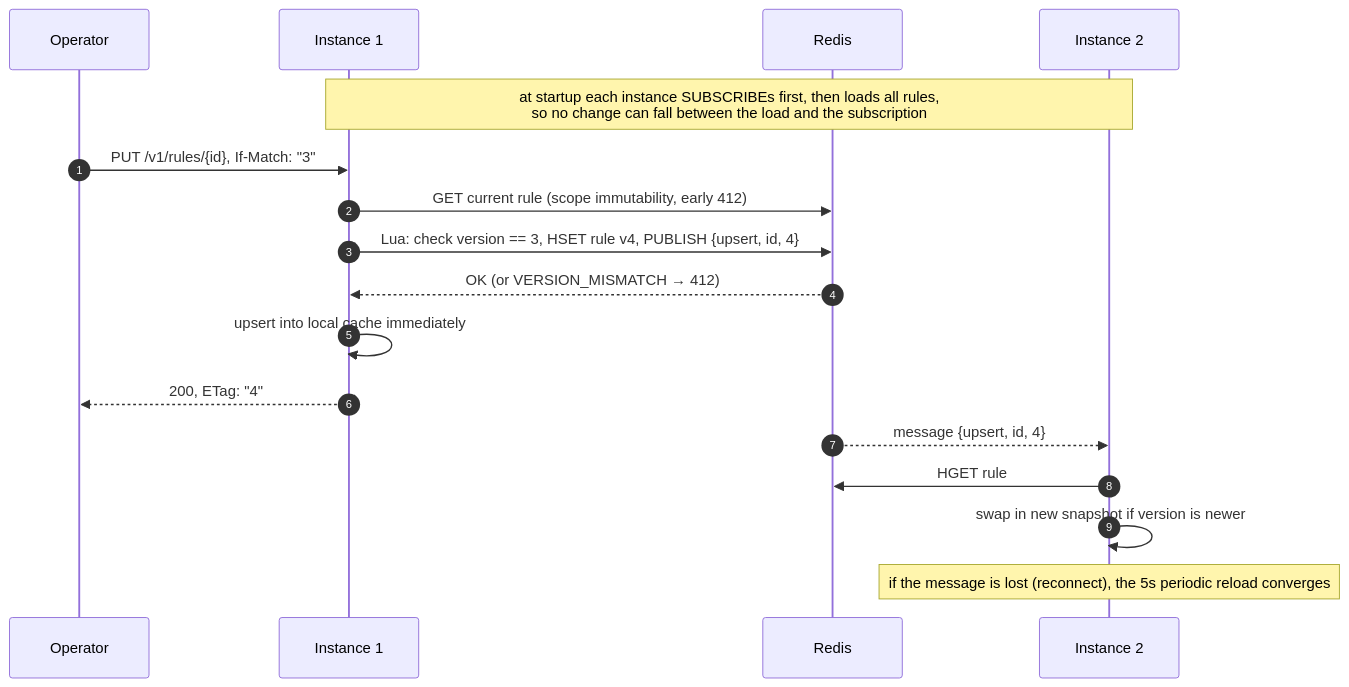
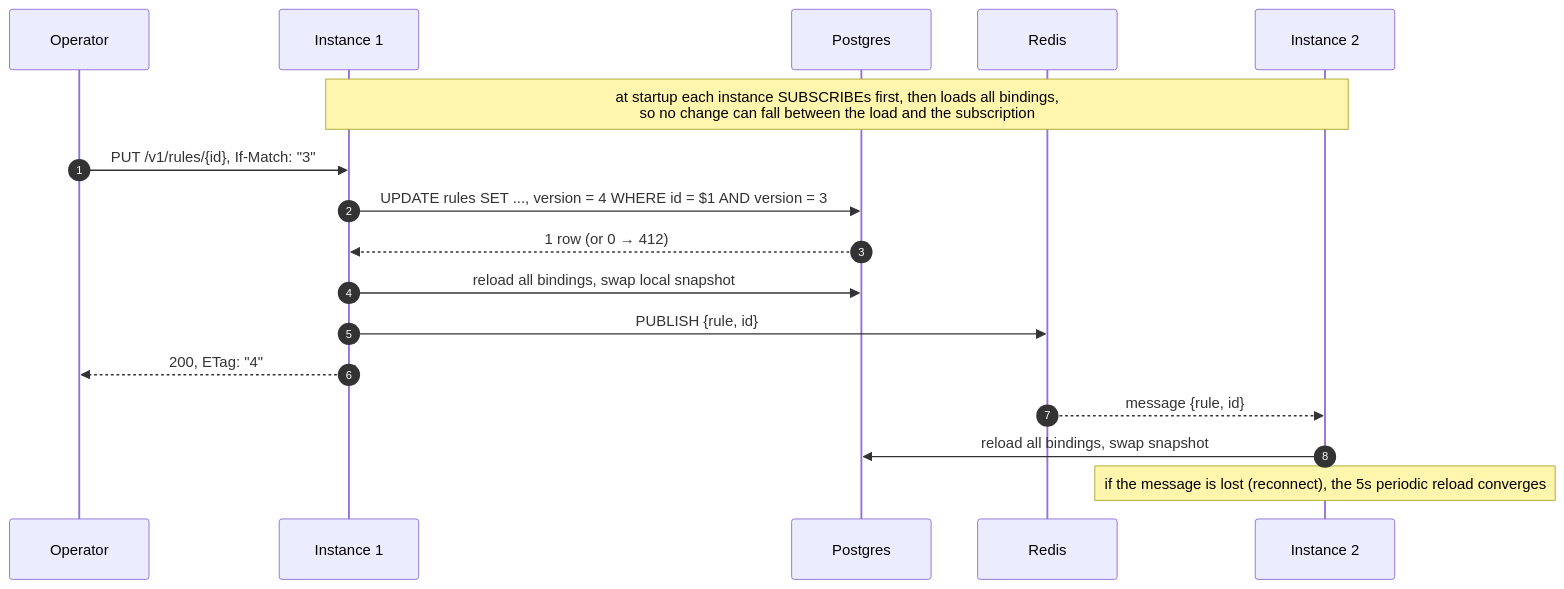
The third of 4 diagrams in docs/architecture.md (aditya1808/distributed-rate-limiter), drawn with Mermaid before and after one commit. The commit also changed other lines of this file and 51 other files, not shown here.

First line of the commit message:
Move rules to Postgres as reusable entities with (tenant, namespace) assignments

````diff
--- a/docs/architecture.md
+++ b/docs/architecture.md
@@ -102,20 +115,20 @@
 ```mermaid
 sequenceDiagram
     autonumber
     participant A as Operator
     participant I1 as Instance 1
+    participant P as Postgres
     participant R as Redis
     participant I2 as Instance 2
 
-    Note over I1,I2: at startup each instance SUBSCRIBEs first, then loads all rules,<br/>so no change can fall between the load and the subscription
+    Note over I1,I2: at startup each instance SUBSCRIBEs first, then loads all bindings,<br/>so no change can fall between the load and the subscription
     A->>I1: PUT /v1/rules/{id}, If-Match: "3"
-    I1->>R: GET current rule (scope immutability, early 412)
-    I1->>R: Lua: check version == 3, HSET rule v4, PUBLISH {upsert, id, 4}
-    R-->>I1: OK (or VERSION_MISMATCH → 412)
-    I1->>I1: upsert into local cache immediately
+    I1->>P: UPDATE rules SET ..., version = 4 WHERE id = $1 AND version = 3
+    P-->>I1: 1 row (or 0 → 412)
+    I1->>P: reload all bindings, swap local snapshot
+    I1->>R: PUBLISH {rule, id}
     I1-->>A: 200, ETag: "4"
-    R-->>I2: message {upsert, id, 4}
-    I2->>R: HGET rule
-    I2->>I2: swap in new snapshot if version is newer
+    R-->>I2: message {rule, id}
+    I2->>P: reload all bindings, swap snapshot
     Note over I2: if the message is lost (reconnect), the 5s periodic reload converges
 ```
````
